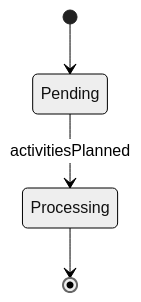
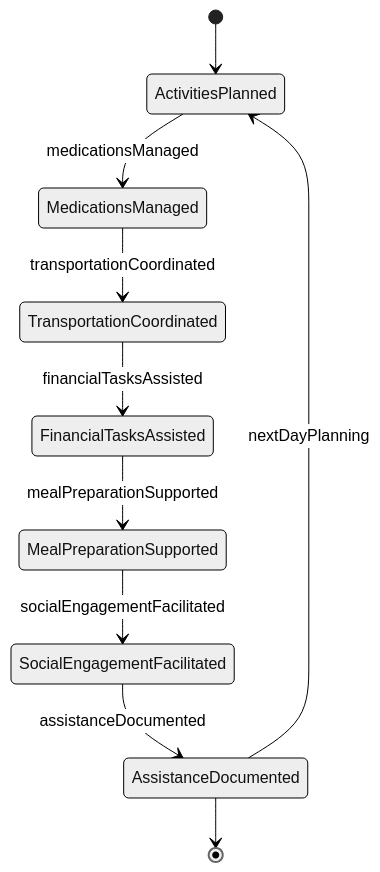
Before and after one commit to dot-org-ai/tasks.org.ai: the second of 4 diagrams in AssistingAndCaringForOthers/AssistIndividualsWithSpecialNeeds/AssistClientsHandlingDetailsDaily.mdx, drawn with Mermaid (neutral theme). The commit also changed other lines of this file and 32 other files, not shown here.

First line of the commit message:
fix: Improve ER and State diagrams in 32 AssistingAndCaringForOthers DWA files

````diff
--- a/AssistingAndCaringForOthers/AssistIndividualsWithSpecialNeeds/AssistClientsHandlingDetailsDaily.mdx
+++ b/AssistingAndCaringForOthers/AssistIndividualsWithSpecialNeeds/AssistClientsHandlingDetailsDaily.mdx
@@ -99,6 +99,12 @@
 ```mermaid
 stateDiagram-v2
-    [*] --> Pending
-    Pending --> Processing : activitiesPlanned
-    Processing --> [*]
+    [*] --> ActivitiesPlanned
+    ActivitiesPlanned --> MedicationsManaged : medicationsManaged
+    MedicationsManaged --> TransportationCoordinated : transportationCoordinated
+    TransportationCoordinated --> FinancialTasksAssisted : financialTasksAssisted
+    FinancialTasksAssisted --> MealPreparationSupported : mealPreparationSupported
+    MealPreparationSupported --> SocialEngagementFacilitated : socialEngagementFacilitated
+    SocialEngagementFacilitated --> AssistanceDocumented : assistanceDocumented
+    AssistanceDocumented --> ActivitiesPlanned : nextDayPlanning
+    AssistanceDocumented --> [*]
 ```
````
